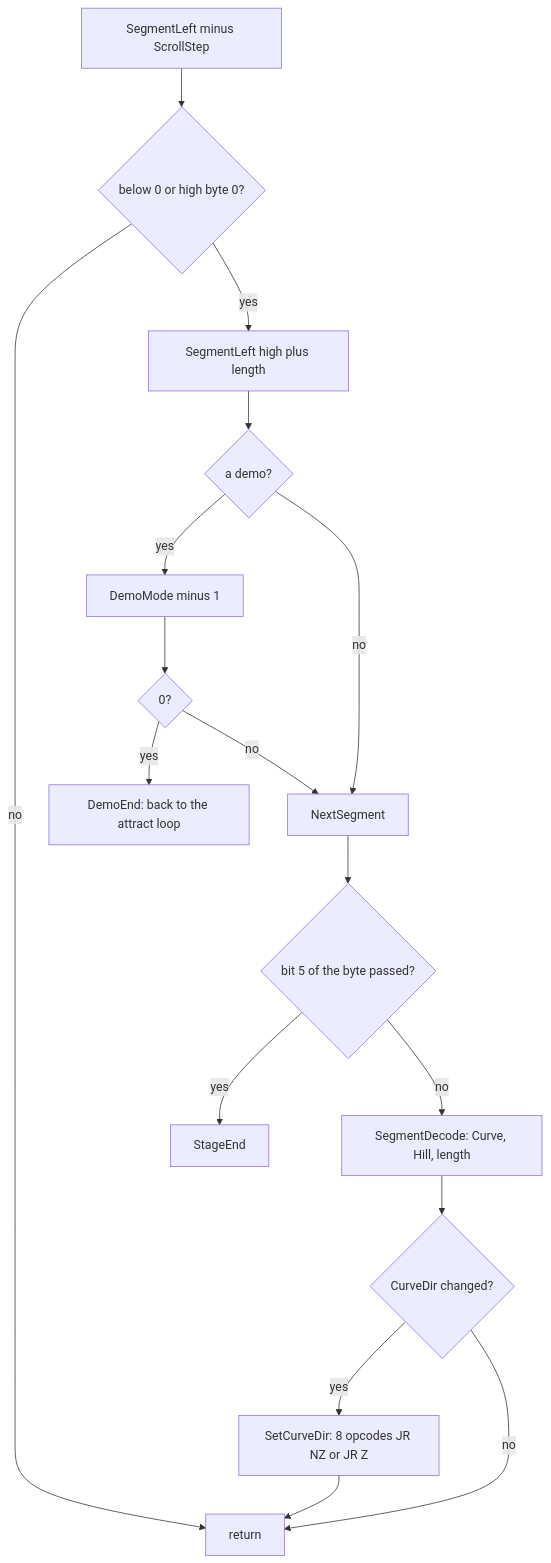
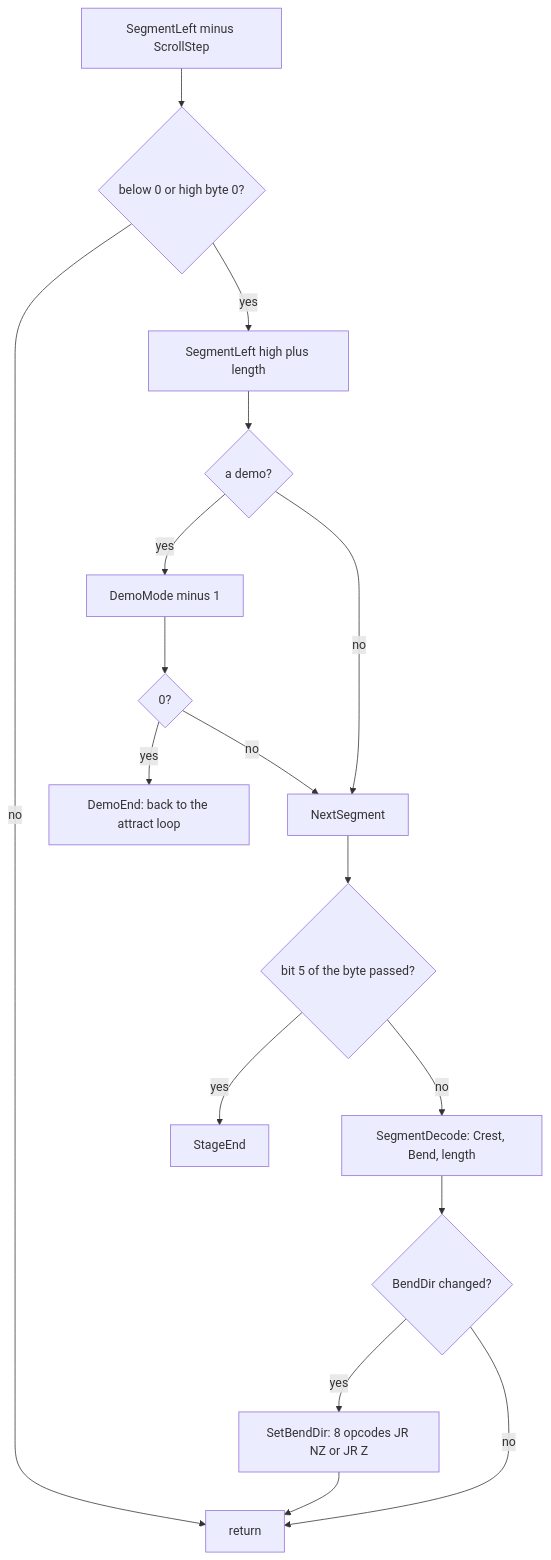
One commit to alfishe/unrealng-reverse-cases changed the third of 8 diagrams in games/enduro-racer/docs/07-objects.md. Above: the diagram before and after it, drawn with Mermaid. The commit also changed other lines of this file and 79 other files, not shown here.

Commit message:
enduro-racer: integrated (writers' source changes, Bend/Crest, game-counted distances, docs 11/12, truck/fall5/names and technique recordings)

````diff
--- a/games/enduro-racer/docs/07-objects.md
+++ b/games/enduro-racer/docs/07-objects.md
@@ -279,19 +279,19 @@
 ```mermaid
 flowchart TD
     A["SegmentLeft minus ScrollStep"] --> B{"below 0 or high byte 0?"}
     B -- no --> Z["return"]
     B -- yes --> C["SegmentLeft high plus length"]
     C --> D{"a demo?"}
     D -- yes --> E["DemoMode minus 1"]
     E --> F{"0?"}
     F -- yes --> G["DemoEnd: back to the attract loop"]
     F -- no --> H["NextSegment"]
     D -- no --> H
     H --> I{"bit 5 of the byte passed?"}
     I -- yes --> J["StageEnd"]
-    I -- no --> K["SegmentDecode: Curve, Hill, length"]
-    K --> L{"CurveDir changed?"}
-    L -- yes --> M["SetCurveDir: 8 opcodes JR NZ or JR Z"]
+    I -- no --> K["SegmentDecode: Crest, Bend, length"]
+    K --> L{"BendDir changed?"}
+    L -- yes --> M["SetBendDir: 8 opcodes JR NZ or JR Z"]
     L -- no --> Z
     M --> Z
 ```
````
